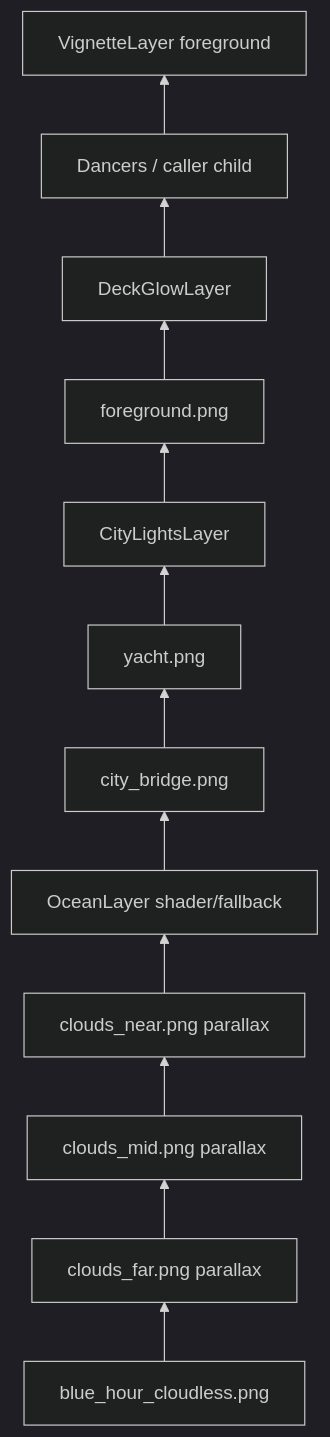
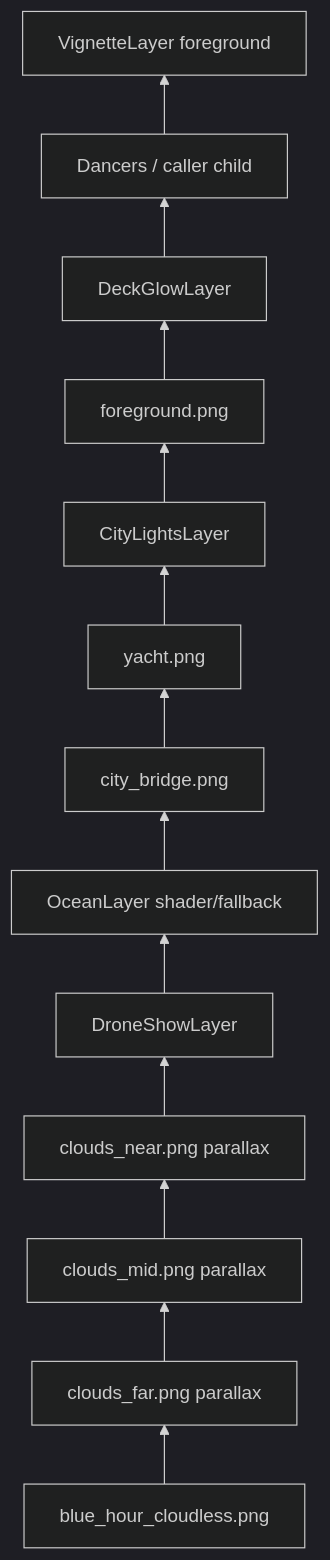
The second of 4 diagrams in lib/features/scenery/README.md (matthiasn/lotti), drawn with Mermaid (dark theme) before and after one commit. The commit also changed other lines of this file and 10 other files, not shown here.

Commit message:
feat(scenery): add stage effects and drone show

````diff
--- a/lib/features/scenery/README.md
+++ b/lib/features/scenery/README.md
@@ -46,17 +46,18 @@
 ```mermaid
 flowchart BT
   child[Dancers / caller child]
   vignette[VignetteLayer foreground]
   glow[DeckGlowLayer]
   fg[foreground.png]
   lights[CityLightsLayer]
   yacht[yacht.png]
   city[city_bridge.png]
   ocean[OceanLayer shader/fallback]
+  drones[DroneShowLayer]
   near[clouds_near.png parallax]
   mid[clouds_mid.png parallax]
   far[clouds_far.png parallax]
   base[blue_hour_cloudless.png]
 
-  base --> far --> mid --> near --> ocean --> city --> yacht --> lights --> fg --> glow --> child --> vignette
+  base --> far --> mid --> near --> drones --> ocean --> city --> yacht --> lights --> fg --> glow --> child --> vignette
 ```
````
